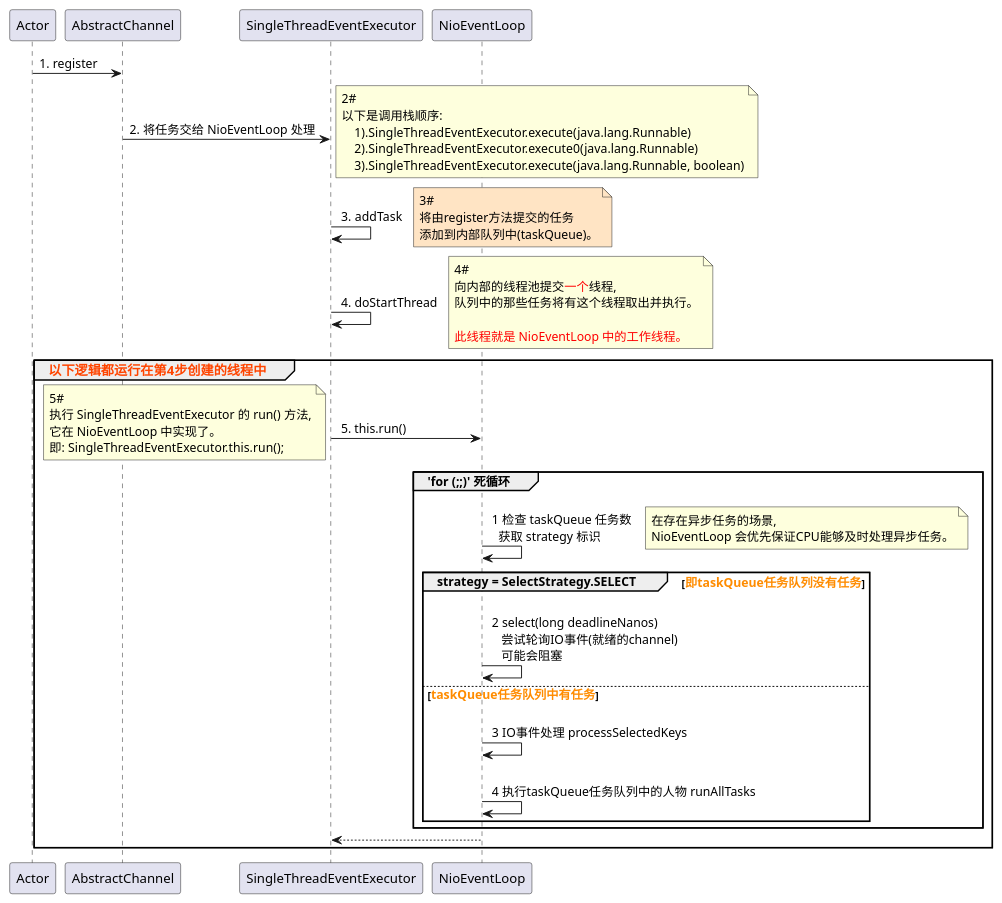
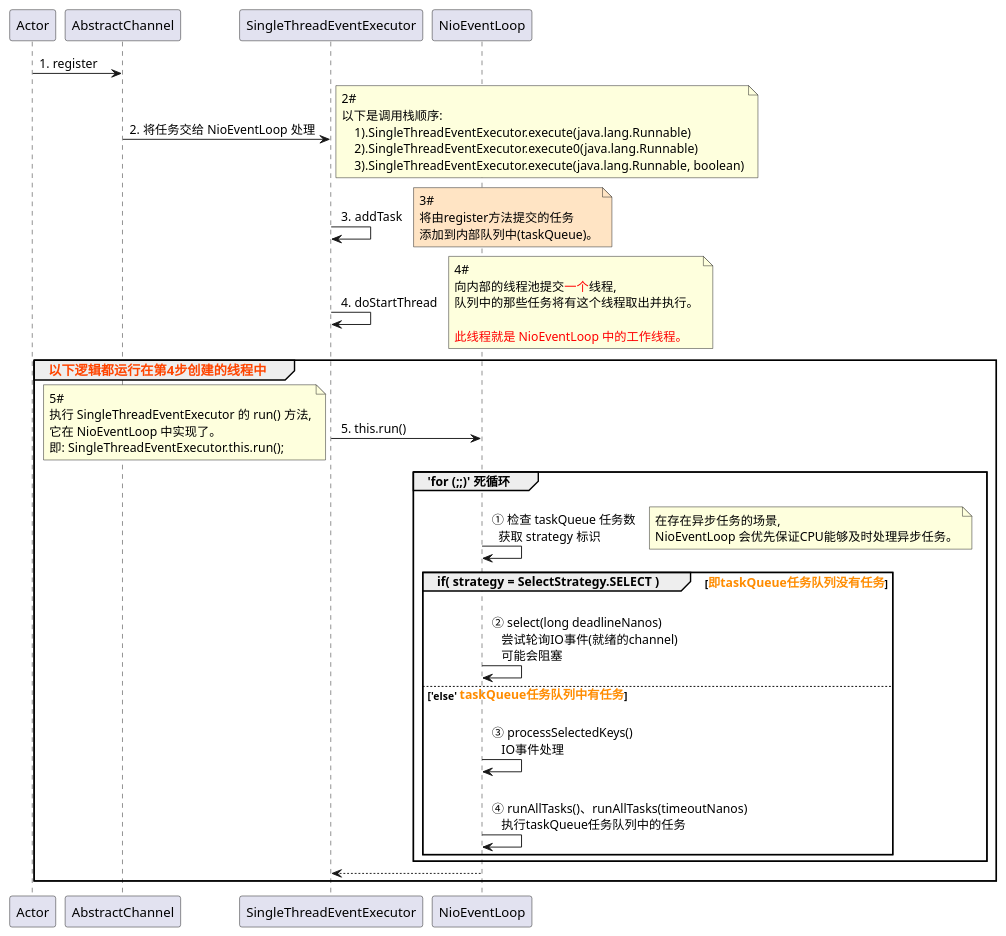
One commit to Simba-cheng/netty changed the diagram in puml/NioEventLoop#run.puml. Above: the diagram before and after it, drawn with PlantUML. The commit also changed other lines of this file, not shown here.

Commit message:
refactor(code): 源码添加注释、流程图、类图

```diff
--- a/puml/NioEventLoop#run.puml
+++ b/puml/NioEventLoop#run.puml
@@ -1,64 +2,60 @@
 @startuml participant
 
 Actor -> AbstractChannel: 1. register
 
 AbstractChannel -> SingleThreadEventExecutor: 2. 将任务交给 NioEventLoop 处理
 note right
 2#
 以下是调用栈顺序:
     1).SingleThreadEventExecutor.execute(java.lang.Runnable)
     2).SingleThreadEventExecutor.execute0(java.lang.Runnable)
     3).SingleThreadEventExecutor.execute(java.lang.Runnable, boolean)
 end note
 
 SingleThreadEventExecutor -> SingleThreadEventExecutor: \n 3. addTask
 note right #FFE4C4
 3#
 将由register方法提交的任务
 添加到内部队列中(taskQueue)。
 end note
 
 SingleThreadEventExecutor -> SingleThreadEventExecutor: \n 4. doStartThread
 note right
 4#
 向内部的线程池提交<color:#FF0000>一个</color>线程,
 队列中的那些任务将有这个线程取出并执行。
 
 <color:#FF0000>此线程就是 NioEventLoop 中的工作线程。</color>
 end note
 
 group <size:14><color:#FF4500>以下逻辑都运行在第4步创建的线程中</color></size>
 
 SingleThreadEventExecutor -> NioEventLoop: \n 5. this.run()
 note left
 5#
 执行 SingleThreadEventExecutor 的 run() 方法,
 它在 NioEventLoop 中实现了。
 即: SingleThreadEventExecutor.this.run();
 end note
 
 ' ----- 分割线 -----
 group 'for (;;)' 死循环
-    NioEventLoop -> NioEventLoop: \n 1 检查 taskQueue 任务数 \n   获取 strategy 标识
+    NioEventLoop -> NioEventLoop: \n ① 检查 taskQueue 任务数 \n   获取 strategy 标识
     note right
     在存在异步任务的场景,
     NioEventLoop 会优先保证CPU能够及时处理异步任务。
     end note
 
-    group strategy = SelectStrategy.SELECT [<size:13><color:#FF8C00>即taskQueue任务队列没有任务</color></size>]
-        NioEventLoop -> NioEventLoop: \n 2 select(long deadlineNanos) \n    尝试轮询IO事件(就绪的channel) \n    可能会阻塞
-    else <size:13><color:#FF8C00>taskQueue任务队列中有任务</color></size>
-        NioEventLoop -> NioEventLoop: \n 3 IO事件处理 processSelectedKeys
-'        NioEventLoop -> NioEventLoop: \n 3.1 处理 OP_CONNECT 事件(建立连接事件)
-'        NioEventLoop -> NioEventLoop: \n 3.2 处理 OP_WRITE 事件(写事件)
-'        NioEventLoop -> NioEventLoop: \n 3.3 处理 OP_READ 事件(读事件)
-
-        NioEventLoop -> NioEventLoop: \n 4 执行taskQueue任务队列中的人物 runAllTasks
+    group if( strategy = SelectStrategy.SELECT ) [<size:13><color:#FF8C00>即taskQueue任务队列没有任务</color></size>]
+        NioEventLoop -> NioEventLoop: \n ② select(long deadlineNanos) \n    尝试轮询IO事件(就绪的channel) \n    可能会阻塞
+    else 'else' <size:13><color:#FF8C00>taskQueue任务队列中有任务</color></size>
+        NioEventLoop -> NioEventLoop: \n ③ processSelectedKeys() \n    IO事件处理
+        NioEventLoop -> NioEventLoop: \n ④ runAllTasks()、runAllTasks(timeoutNanos) \n    执行taskQueue任务队列中的任务
     end
 end
 ' ----- 分割线 -----
 
 
 SingleThreadEventExecutor <-- NioEventLoop
 end
 @enduml
```
